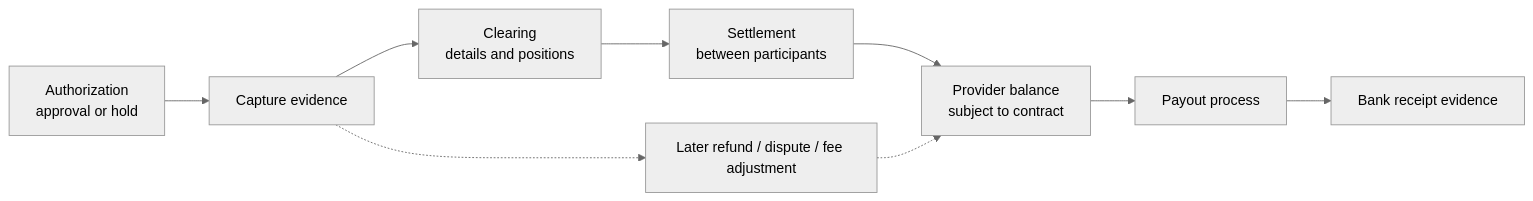
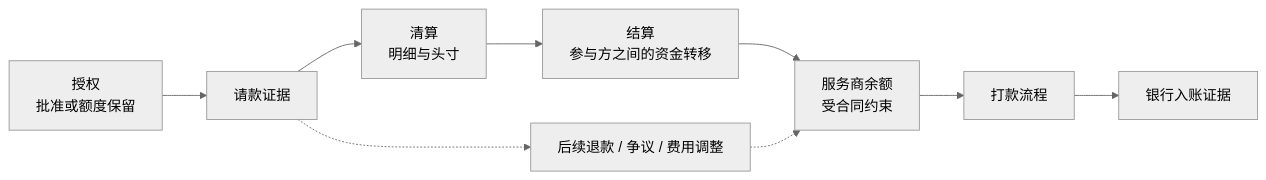
Before and after one commit to YouEclipse/Designing-Modern-Payment-Systems: the first of 3 diagrams in part-4-operating-at-scale/settlement.md, drawn with Mermaid (neutral theme). The commit also changed other lines of this file and 59 other files, not shown here.

````diff
--- a/part-4-operating-at-scale/settlement.md
+++ b/part-4-operating-at-scale/settlement.md
@@ -27,11 +27,11 @@
 ```mermaid
 flowchart LR
-    A["Authorization<br/>approval or hold"] --> C["Capture evidence"]
-    C --> CL["Clearing<br/>details and positions"]
-    CL --> S["Settlement<br/>between participants"]
-    S --> B["Provider balance<br/>subject to contract"]
-    B --> P["Payout process"]
-    P --> Bank["Bank receipt evidence"]
-    C -.-> Later["Later refund / dispute / fee adjustment"]
+    A["授权<br/>批准或额度保留"] --> C["请款证据"]
+    C --> CL["清算<br/>明细与头寸"]
+    CL --> S["结算<br/>参与方之间的资金转移"]
+    S --> B["服务商余额<br/>受合同约束"]
+    B --> P["打款流程"]
+    P --> Bank["银行入账证据"]
+    C -.-> Later["后续退款 / 争议 / 费用调整"]
     Later -.-> B
 ```
````
